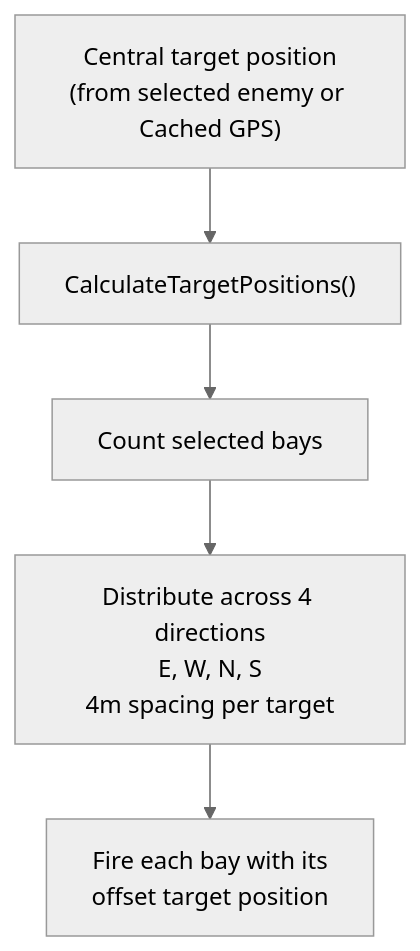
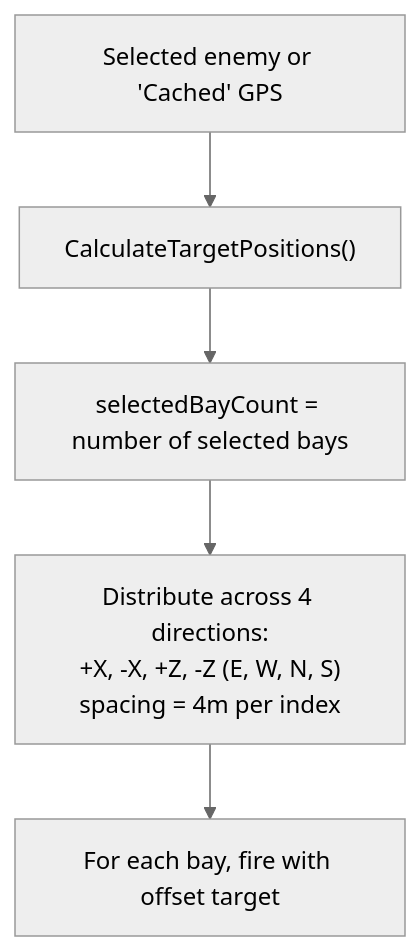
One commit to Terilia/JetOS changed the seventh of 8 diagrams in docs/weapons.md. Above: the diagram before and after it, drawn with Mermaid (neutral theme). The commit also changed other lines of this file and 23 other files, not shown here.

````diff
--- a/docs/weapons.md
+++ b/docs/weapons.md
@@ -205,7 +284,7 @@
 ```mermaid
 flowchart TD
-    CENTER["Central target position\n(from selected enemy or Cached GPS)"] --> CALC["CalculateTargetPositions()"]
-    CALC --> COUNT["Count selected bays"]
-    COUNT --> SPREAD["Distribute across 4 directions\nE, W, N, S\n4m spacing per target"]
-    SPREAD --> FIRE["Fire each bay with its\noffset target position"]
+    CT["Selected enemy or 'Cached' GPS"] --> CALC["CalculateTargetPositions()"]
+    CALC --> CNT["selectedBayCount = number of selected bays"]
+    CNT --> SPREAD["Distribute across 4 directions:<br/>+X, -X, +Z, -Z (E, W, N, S)<br/>spacing = 4m per index"]
+    SPREAD --> FIRE["For each bay, fire with offset target"]
 ```
````
